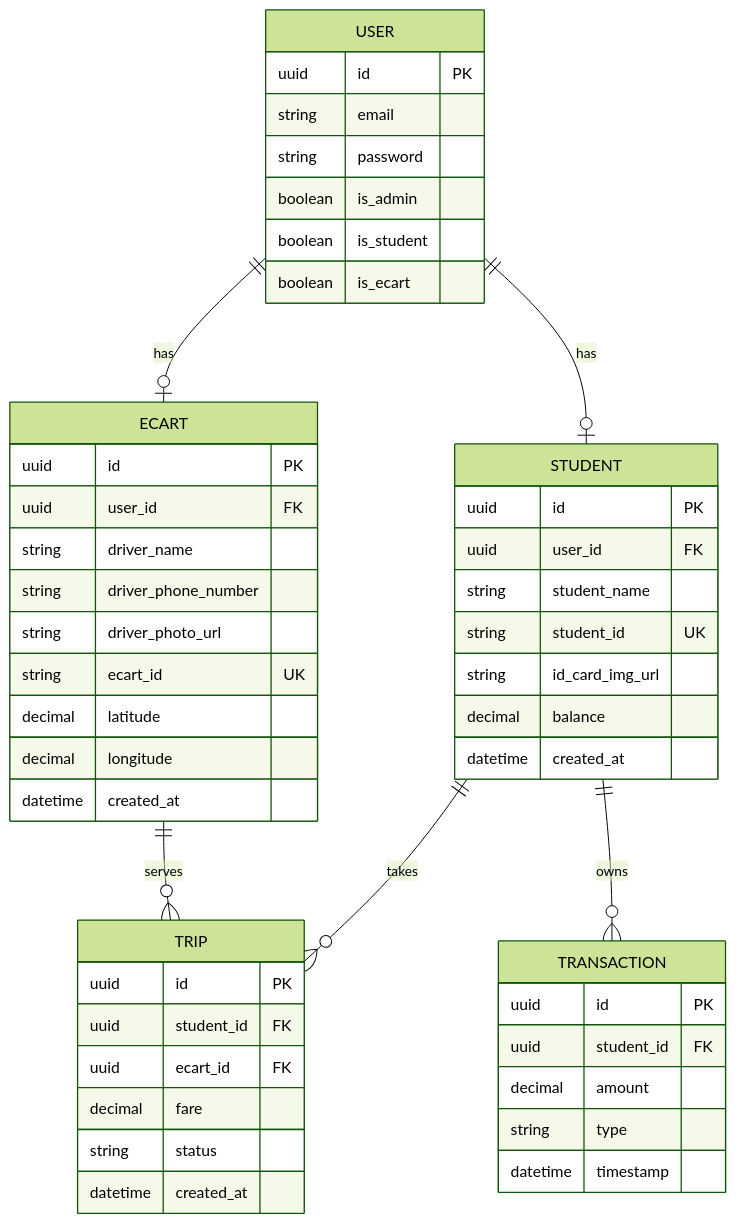
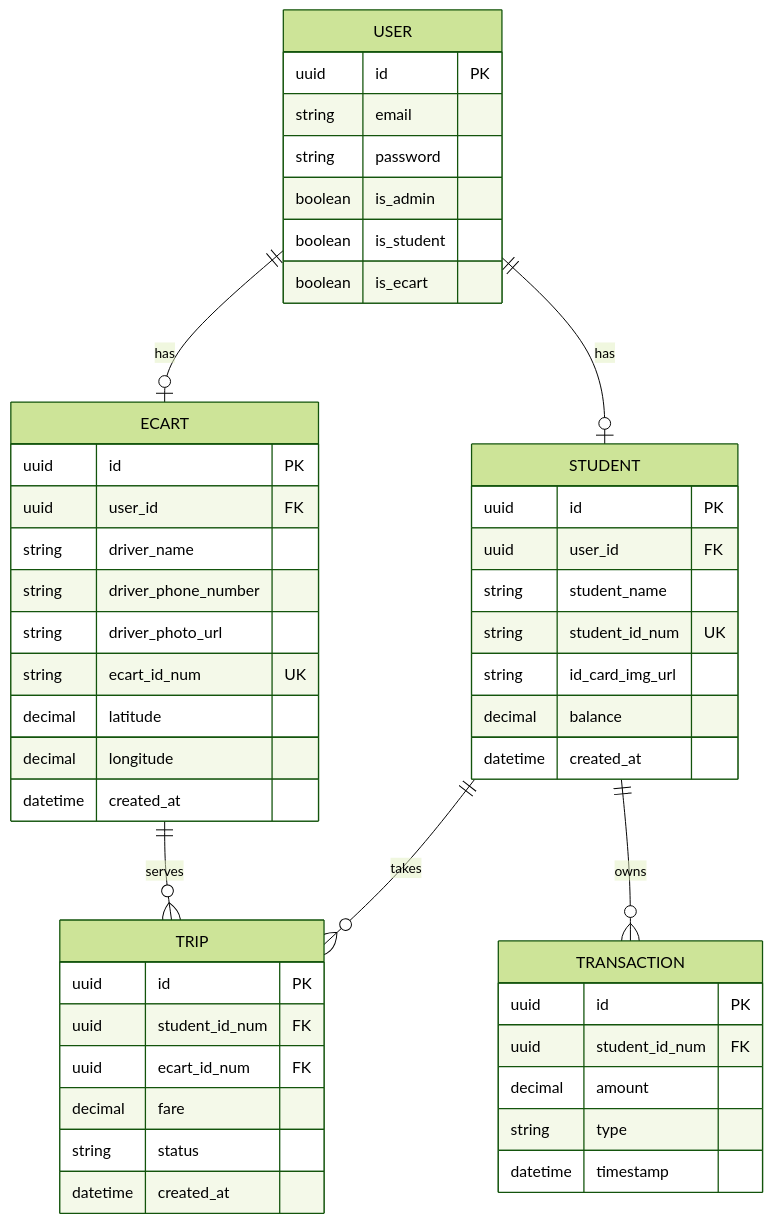
Before and after one commit to TanimSk/GoCampusBackend: the third of 4 diagrams in README.md, drawn with Mermaid (forest theme). The commit also changed other lines of this file and 35 other files, not shown here.

````diff
--- a/README.md
+++ b/README.md
@@ -384,56 +384,56 @@
 ```mermaid
 erDiagram
     USER ||--o| STUDENT : has
     USER ||--o| ECART : has
     STUDENT ||--o{ TRIP : takes
     ECART ||--o{ TRIP : serves
     STUDENT ||--o{ TRANSACTION : owns
 
     USER {
         uuid id PK
         string email
         string password
         boolean is_admin
         boolean is_student
         boolean is_ecart
     }
 
     STUDENT {
         uuid id PK
         uuid user_id FK
         string student_name
-        string student_id UK
+        string student_id_num UK
         string id_card_img_url
         decimal balance
         datetime created_at
     }
 
     ECART {
         uuid id PK
         uuid user_id FK
         string driver_name
         string driver_phone_number
         string driver_photo_url
-        string ecart_id UK
+        string ecart_id_num UK
         decimal latitude
         decimal longitude
         datetime created_at
     }
 
     TRIP {
         uuid id PK
-        uuid student_id FK
-        uuid ecart_id FK
+        uuid student_id_num FK
+        uuid ecart_id_num FK
         decimal fare
         string status
         datetime created_at
     }
 
     TRANSACTION {
         uuid id PK
-        uuid student_id FK
+        uuid student_id_num FK
         decimal amount
         string type
         datetime timestamp
     }
 ```
````
